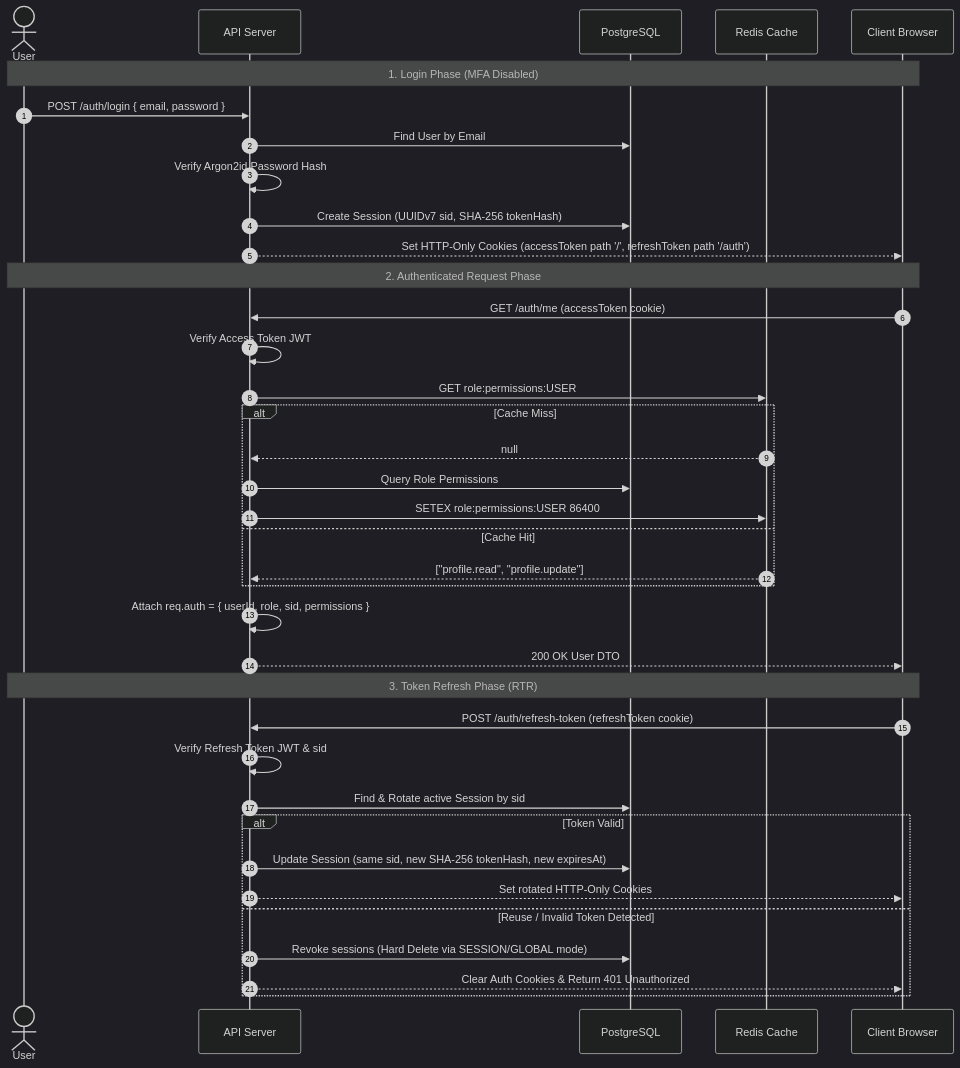
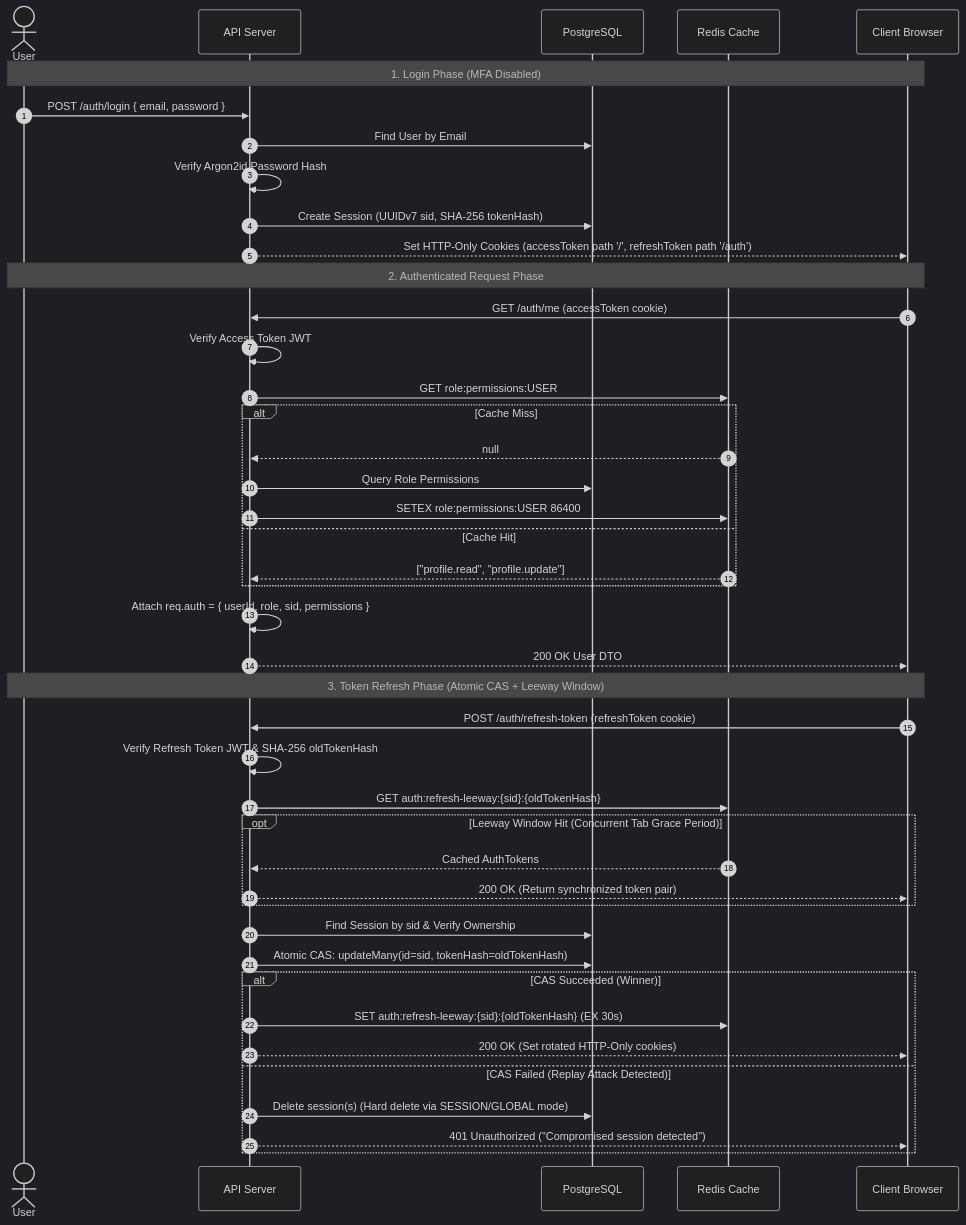
The third of 9 diagrams in docs/ARCHITECTURE.md (utkarshj014/authsphere), drawn with Mermaid (dark theme) before and after one commit. The commit also changed other lines of this file and 2 other files, not shown here.

````diff
--- a/docs/ARCHITECTURE.md
+++ b/docs/ARCHITECTURE.md
@@ -216,42 +216,48 @@
 ```mermaid
 sequenceDiagram
     autonumber
     actor User
     participant API as API Server
     participant DB as PostgreSQL
     participant Redis as Redis Cache
     participant Client as Client Browser
 
     Note over User, Client: 1. Login Phase (MFA Disabled)
     User->>API: POST /auth/login { email, password }
     API->>DB: Find User by Email
     API->>API: Verify Argon2id Password Hash
     API->>DB: Create Session (UUIDv7 sid, SHA-256 tokenHash)
     API-->>Client: Set HTTP-Only Cookies (accessToken path '/', refreshToken path '/auth')
 
     Note over User, Client: 2. Authenticated Request Phase
     Client->>API: GET /auth/me (accessToken cookie)
     API->>API: Verify Access Token JWT
     API->>Redis: GET role:permissions:USER
     alt Cache Miss
         Redis-->>API: null
         API->>DB: Query Role Permissions
         API->>Redis: SETEX role:permissions:USER 86400
     else Cache Hit
         Redis-->>API: ["profile.read", "profile.update"]
     end
     API->>API: Attach req.auth = { userId, role, sid, permissions }
     API-->>Client: 200 OK User DTO
 
-    Note over User, Client: 3. Token Refresh Phase (RTR)
+    Note over User, Client: 3. Token Refresh Phase (Atomic CAS + Leeway Window)
     Client->>API: POST /auth/refresh-token (refreshToken cookie)
-    API->>API: Verify Refresh Token JWT & sid
-    API->>DB: Find & Rotate active Session by sid
-    alt Token Valid
-        API->>DB: Update Session (same sid, new SHA-256 tokenHash, new expiresAt)
-        API-->>Client: Set rotated HTTP-Only Cookies
-    else Reuse / Invalid Token Detected
-        API->>DB: Revoke sessions (Hard Delete via SESSION/GLOBAL mode)
-        API-->>Client: Clear Auth Cookies & Return 401 Unauthorized
+    API->>API: Verify Refresh Token JWT & SHA-256 oldTokenHash
+    API->>Redis: GET auth:refresh-leeway:{sid}:{oldTokenHash}
+    opt Leeway Window Hit (Concurrent Tab Grace Period)
+        Redis-->>API: Cached AuthTokens
+        API-->>Client: 200 OK (Return synchronized token pair)
+    end
+    API->>DB: Find Session by sid & Verify Ownership
+    API->>DB: Atomic CAS: updateMany(id=sid, tokenHash=oldTokenHash)
+    alt CAS Succeeded (Winner)
+        API->>Redis: SET auth:refresh-leeway:{sid}:{oldTokenHash} (EX 30s)
+        API-->>Client: 200 OK (Set rotated HTTP-Only cookies)
+    else CAS Failed (Replay Attack Detected)
+        API->>DB: Delete session(s) (Hard delete via SESSION/GLOBAL mode)
+        API-->>Client: 401 Unauthorized ("Compromised session detected")
     end
 ```
````
